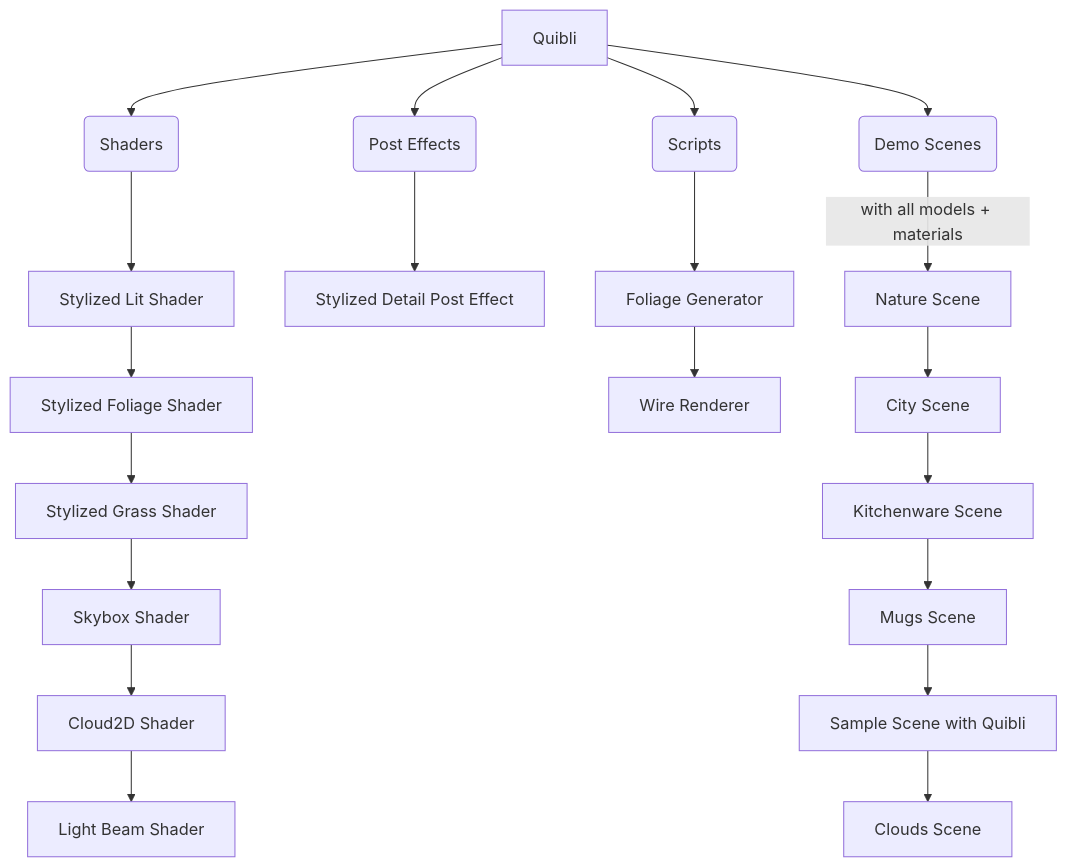
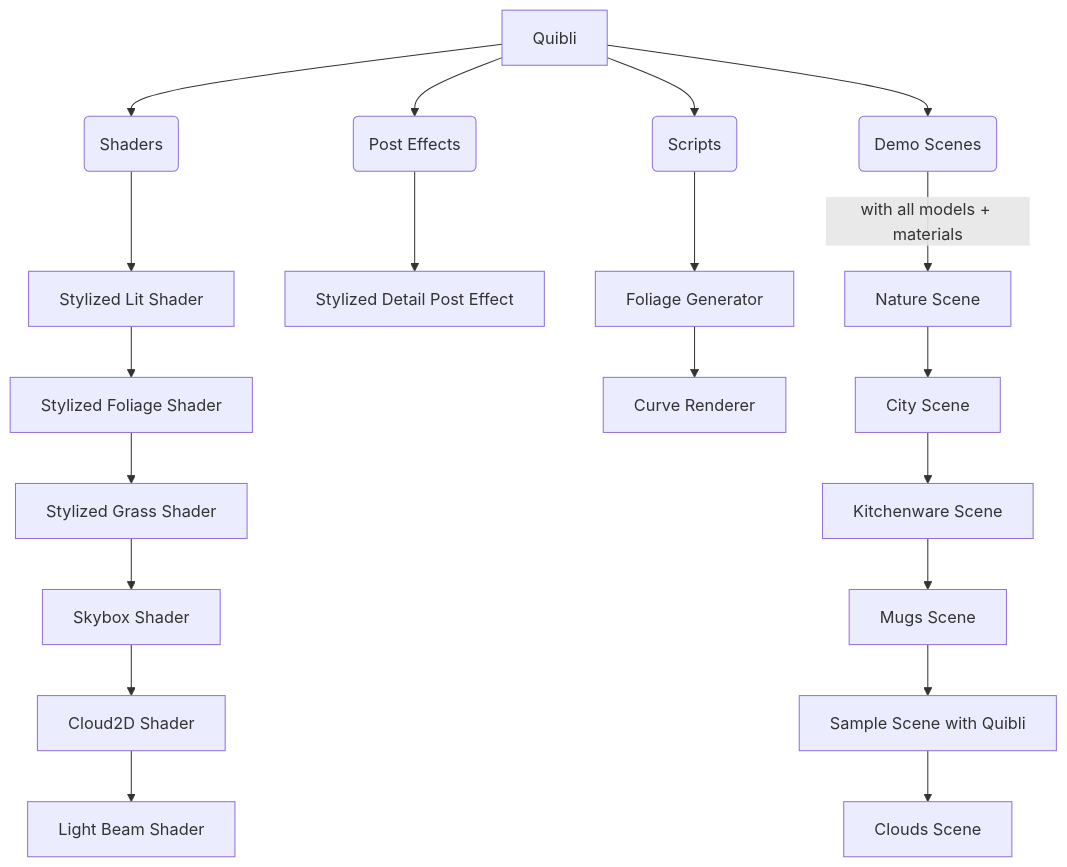
Before and after one commit to dustyroom-studio/quibli-doc: the diagram in _docs/what-is-quibli-a-brief-overview.md, drawn with Mermaid. The commit also changed other lines of this file and 5 other files, not shown here.

```diff
--- a/_docs/what-is-quibli-a-brief-overview.md
+++ b/_docs/what-is-quibli-a-brief-overview.md
@@ -23,22 +25,22 @@
 <div class="mermaid">
 graph TD
 A[Quibli] --> B(Shaders)
 A --> C(Post Effects)
 A --> D(Scripts)
 A --> E(Demo Scenes)
 B --> G[Stylized Lit Shader]
 G --> H[Stylized Foliage Shader]
 H --> I[Stylized Grass Shader]
 I --> J[Skybox Shader]
 J --> K[Cloud2D Shader]
 K --> L[Light Beam Shader]
 C --> M[Stylized Detail Post Effect]
 D --> N[Foliage Generator]
-N --> O[Wire Renderer]
+N --> O[Curve Renderer]
 E -->|with all models + materials| P[Nature Scene]
 P --> Q[City Scene]
 Q --> R[Kitchenware Scene]
 R --> S[Mugs Scene]
 S --> T[Sample Scene with Quibli]
 T --> U[Clouds Scene]
 </div>
```
